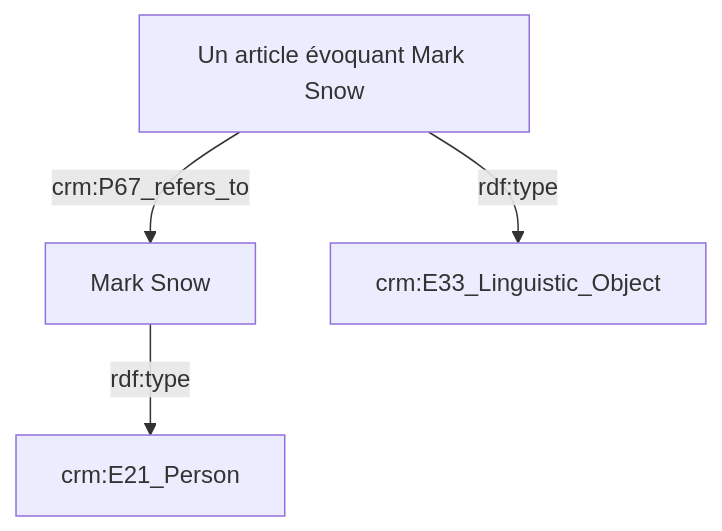
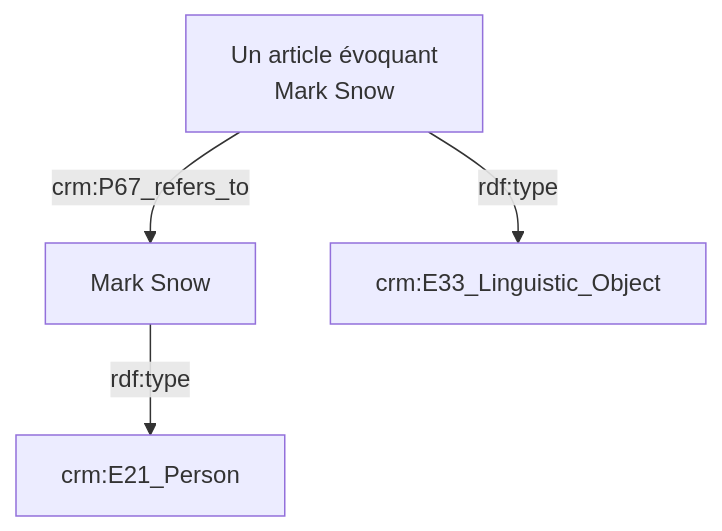
Before and after one commit to sherlock-iremus/sherlock: the second of 4 diagrams in sherlock_model_indexing.md, drawn with Mermaid. The commit also changed other lines of this file, not shown here.

````diff
--- a/sherlock_model_indexing.md
+++ b/sherlock_model_indexing.md
@@ -46,11 +46,11 @@
 ```mermaid
     flowchart TB
     E21[Mark Snow]
     click E21 "https://data.bnf.fr/fr/ark:/12148/cb13992208s"
-    E33[Un article évoquant Mark Snow]
+    E33[Un article évoquant<br>Mark Snow]
     click E33 "https://www.soundonsound.com/people/mark-snow-scoring-x-files"
 
     E21 -->|rdf:type| crm:E21_Person
     E33 -->|rdf:type| crm:E33_Linguistic_Object
     E33 -->|crm:P67_refers_to| E21
 ```
````
